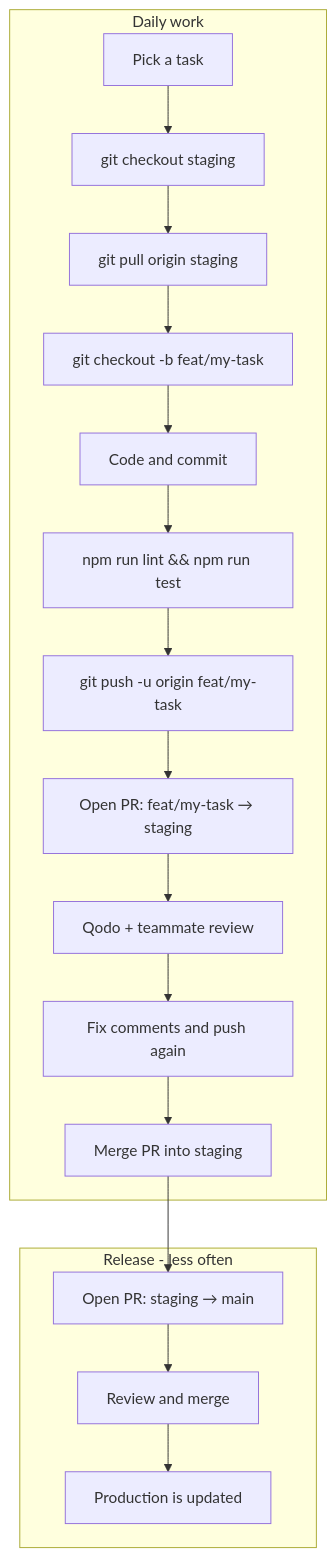
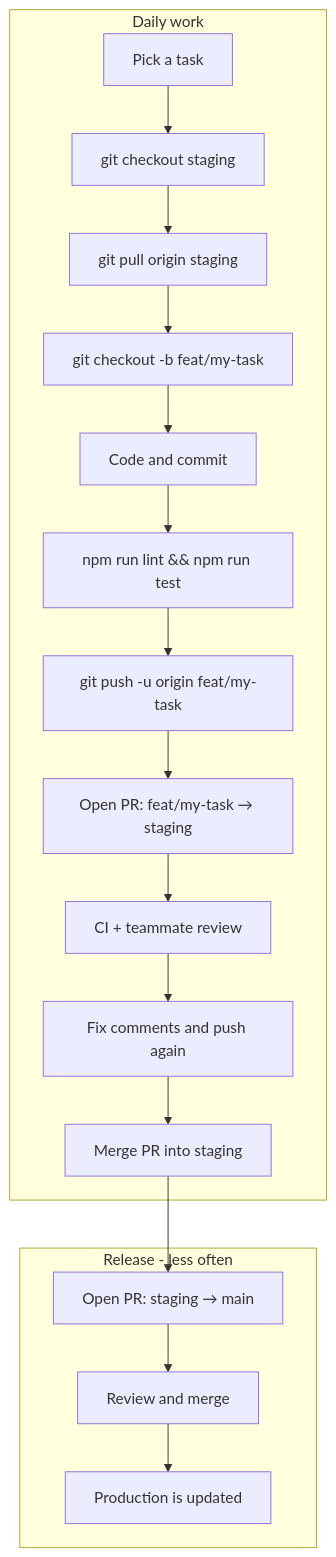
The diagram in docs/git-workflow-beginner.md (vanishklift/webapp-starter-template), drawn with Mermaid before and after one commit. The commit also changed other lines of this file and 21 other files, not shown here.

````diff
--- a/docs/git-workflow-beginner.md
+++ b/docs/git-workflow-beginner.md
@@ -11,21 +11,21 @@
 ```mermaid
 flowchart TD
   subgraph dailyWork [Daily work]
     A[Pick a task] --> B["git checkout staging"]
     B --> C["git pull origin staging"]
     C --> D["git checkout -b feat/my-task"]
     D --> E[Code and commit]
     E --> F["npm run lint && npm run test"]
     F --> G["git push -u origin feat/my-task"]
     G --> H["Open PR: feat/my-task → staging"]
-    H --> I[Qodo + teammate review]
+    H --> I[CI + teammate review]
     I --> J[Fix comments and push again]
     J --> K[Merge PR into staging]
   end
 
   subgraph release [Release - less often]
     K --> L["Open PR: staging → main"]
     L --> M[Review and merge]
     M --> N[Production is updated]
   end
 ```
````
